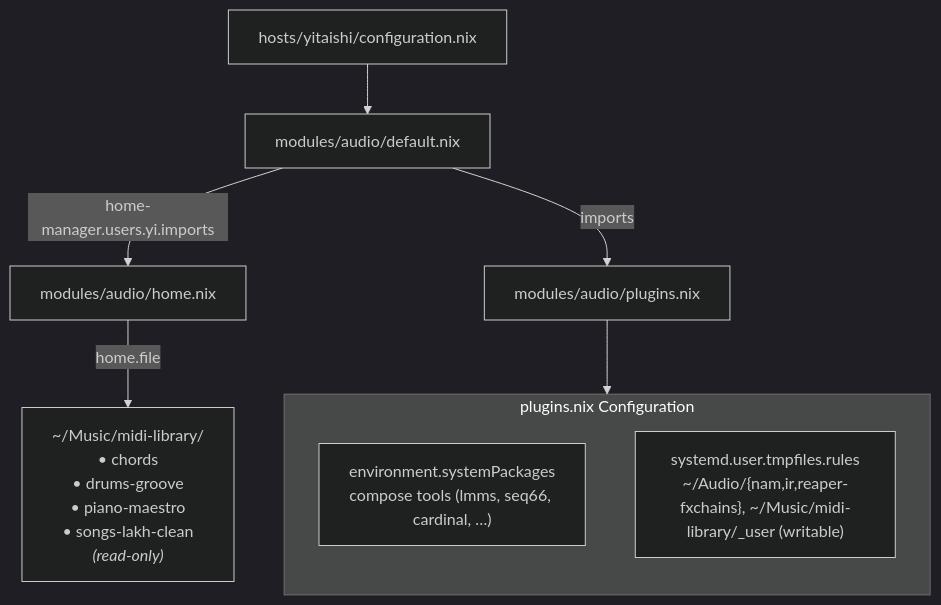
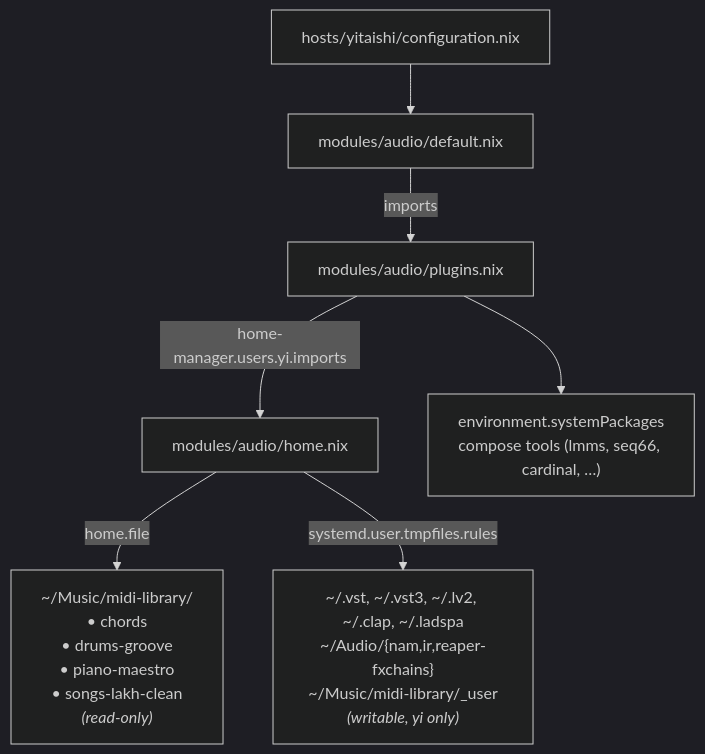
Before and after one commit to categoricalcat/nixos: the first of 2 diagrams in docs/src/plans/audio-midi-presets-plan.md, drawn with Mermaid (dark theme). The commit also changed other lines of this file and 12 other files, not shown here.

First line of the commit message:
feat: add guitar plugins, MIDI library, and overhaul CI/CD pipeline

````diff
--- a/docs/src/plans/audio-midi-presets-plan.md
+++ b/docs/src/plans/audio-midi-presets-plan.md
@@ -97,22 +102,18 @@
 ```mermaid
 flowchart TD
     HOST["hosts/yitaishi/configuration.nix"]
     DEF["modules/audio/default.nix"]
+    PLUG["modules/audio/plugins.nix"]
     HOME["modules/audio/home.nix"]
-    PLUG["modules/audio/plugins.nix"]
+    TOOLS["environment.systemPackages<br/>compose tools (lmms, seq66, cardinal, …)"]
     MIDILIB["~/Music/midi-library/<br/>• chords<br/>• drums-groove<br/>• piano-maestro<br/>• songs-lakh-clean<br/><i>(read-only)</i>"]
+    TMP["~/.vst, ~/.vst3, ~/.lv2, ~/.clap, ~/.ladspa<br/>~/Audio/{nam,ir,reaper-fxchains}<br/>~/Music/midi-library/_user<br/><i>(writable, yi only)</i>"]
 
     HOST --> DEF
-    DEF -->|home-manager.users.yi.imports| HOME
     DEF -->|imports| PLUG
+    PLUG --> TOOLS
+    PLUG -->|home-manager.users.yi.imports| HOME
 
     HOME -->|home.file| MIDILIB
-
-    subgraph PluginsConfig["plugins.nix Configuration"]
-        direction TB
-        TOOLS["environment.systemPackages<br/>compose tools (lmms, seq66, cardinal, …)"]
-        TMP["systemd.user.tmpfiles.rules<br/>~/Audio/{nam,ir,reaper-fxchains}, ~/Music/midi-library/_user (writable)"]
-    end
-
-    PLUG --> PluginsConfig
+    HOME -->|systemd.user.tmpfiles.rules| TMP
 ```
````
